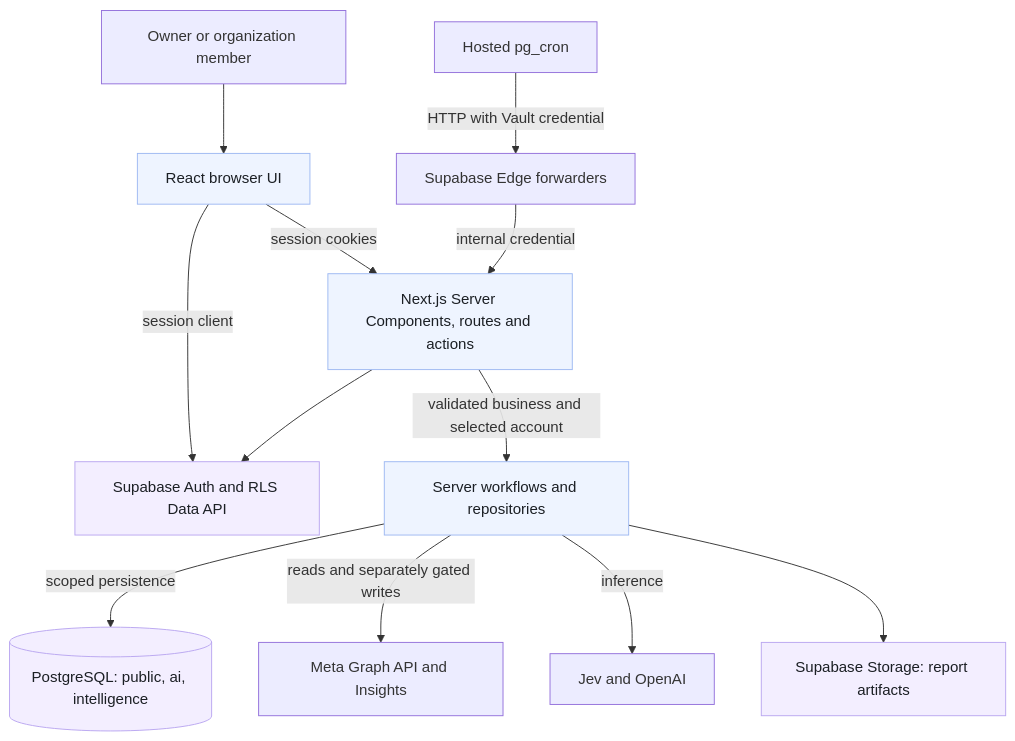
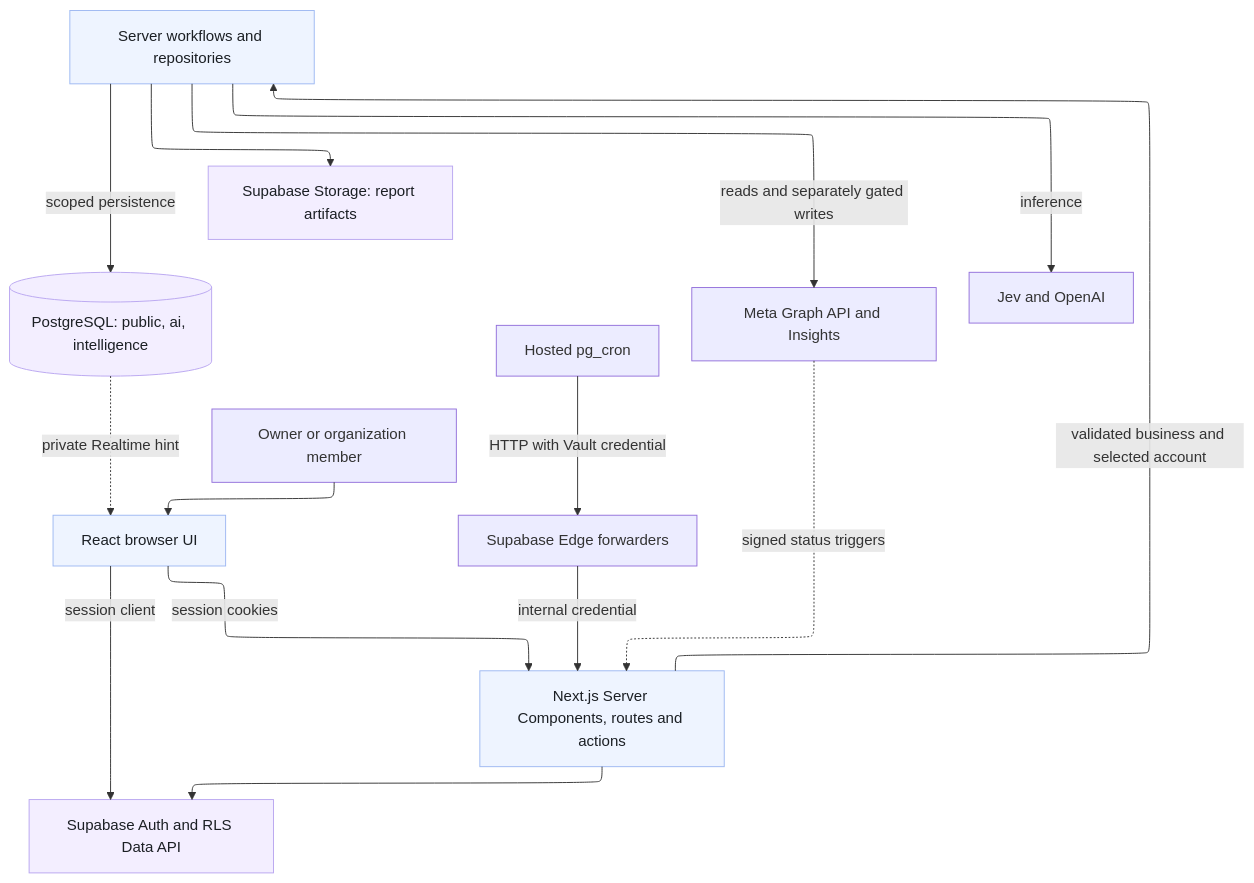
The diagram in docs/SYSTEM_DIAGRAM.md (Yengner/DeepVisor), drawn with Mermaid before and after one commit. The commit also changed other lines of this file and 6 other files, not shown here.

````diff
--- a/docs/SYSTEM_DIAGRAM.md
+++ b/docs/SYSTEM_DIAGRAM.md
@@ -10,18 +10,24 @@
 ```mermaid
+---
+config:
+  layout: elk
+---
 flowchart TB
   User[Owner or organization member] --> Browser[React browser UI]
   Browser -->|session cookies| App[Next.js Server Components, routes and actions]
   Browser -->|session client| Auth[Supabase Auth and RLS Data API]
   App -->|validated business and selected account| Services[Server workflows and repositories]
   App --> Auth
   Services -->|scoped persistence| DB[(PostgreSQL: public, ai, intelligence)]
   Cron[Hosted pg_cron] -->|HTTP with Vault credential| Edge[Supabase Edge forwarders]
   Edge -->|internal credential| App
   Services -->|reads and separately gated writes| Meta[Meta Graph API and Insights]
   Services -->|inference| Models[Jev and OpenAI]
   Services --> Storage[Supabase Storage: report artifacts]
+  Meta -.->|signed status triggers| App
+  DB -.->|private Realtime hint| Browser
   classDef app fill:#eef4ff,stroke:#9db8f2,color:#1b1f24
   classDef data fill:#f3eeff,stroke:#b9a6f0,color:#1b1f24
   class App,Browser,Services app
   class Auth,DB,Storage data
 ```
````
